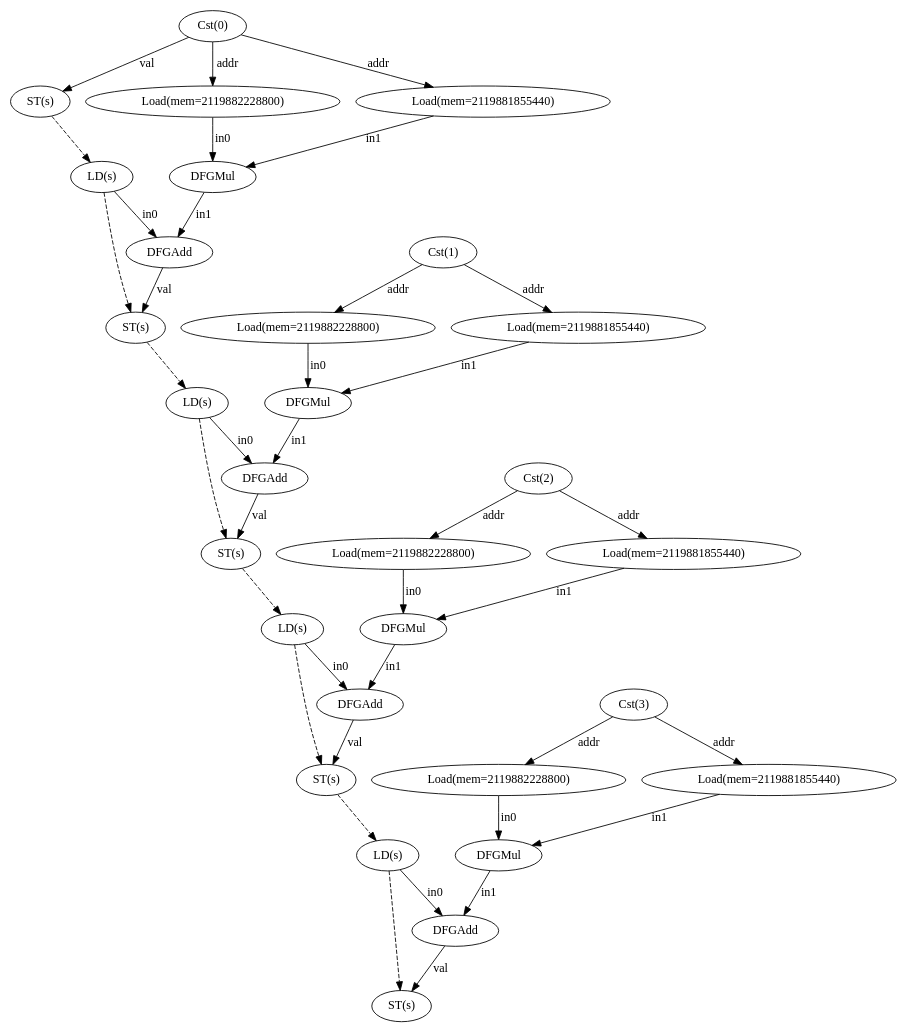
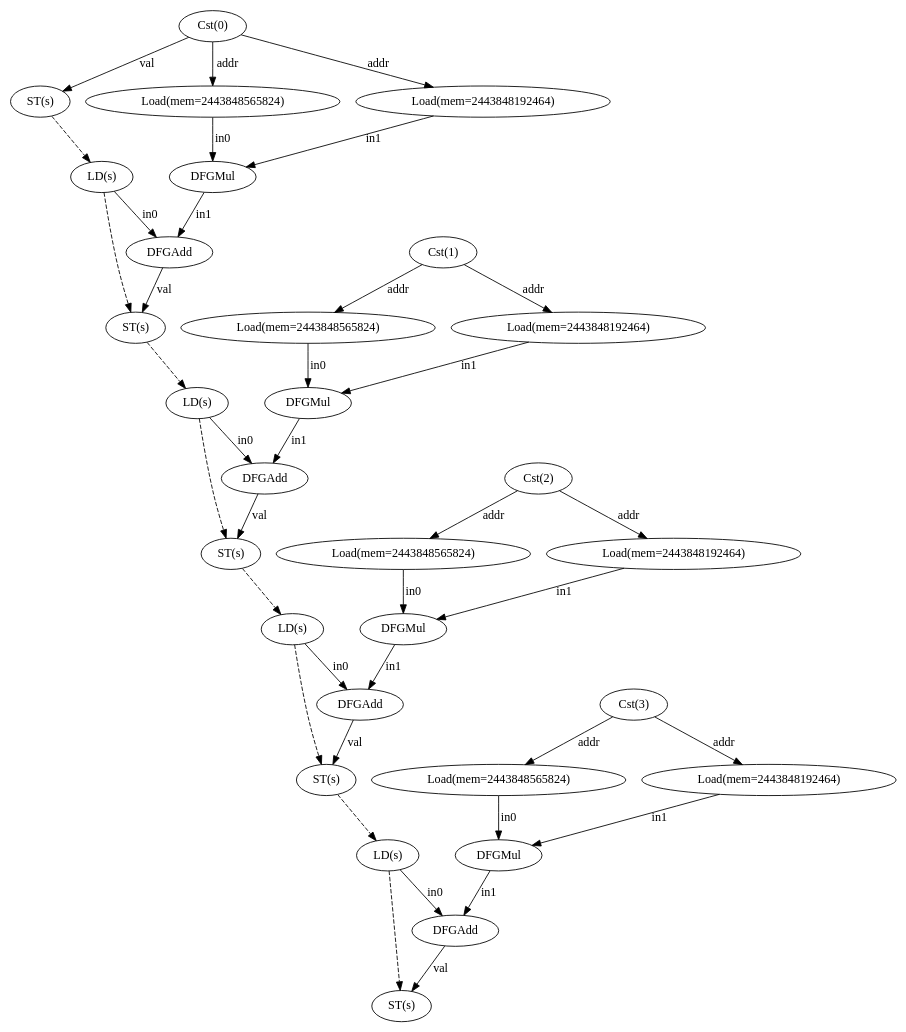
One commit to ma-carrillo/High-level-synthesis-assignment changed the diagram in test13/dfg.dot. Above: the diagram before and after it, drawn with Graphviz. The commit also changed 11 other files, not shown here.

```diff
--- a/test13/dfg.dot
+++ b/test13/dfg.dot
@@ -1,68 +1,68 @@
 digraph "dfg" {
   n0 [label="Cst(0)"];
   n1 [label="ST(s)"];
   n2 [label="LD(s)"];
-  n3 [label="Load(mem=2119882228800)"];
-  n4 [label="Load(mem=2119881855440)"];
+  n3 [label="Load(mem=2443848565824)"];
+  n4 [label="Load(mem=2443848192464)"];
   n5 [label="DFGMul"];
   n6 [label="DFGAdd"];
   n7 [label="ST(s)"];
   n8 [label="LD(s)"];
   n9 [label="Cst(1)"];
-  n10 [label="Load(mem=2119882228800)"];
-  n11 [label="Load(mem=2119881855440)"];
+  n10 [label="Load(mem=2443848565824)"];
+  n11 [label="Load(mem=2443848192464)"];
   n12 [label="DFGMul"];
   n13 [label="DFGAdd"];
   n14 [label="ST(s)"];
   n15 [label="LD(s)"];
   n16 [label="Cst(2)"];
-  n17 [label="Load(mem=2119882228800)"];
-  n18 [label="Load(mem=2119881855440)"];
+  n17 [label="Load(mem=2443848565824)"];
+  n18 [label="Load(mem=2443848192464)"];
   n19 [label="DFGMul"];
   n20 [label="DFGAdd"];
   n21 [label="ST(s)"];
   n22 [label="LD(s)"];
   n23 [label="Cst(3)"];
-  n24 [label="Load(mem=2119882228800)"];
-  n25 [label="Load(mem=2119881855440)"];
+  n24 [label="Load(mem=2443848565824)"];
+  n25 [label="Load(mem=2443848192464)"];
   n26 [label="DFGMul"];
   n27 [label="DFGAdd"];
   n28 [label="ST(s)"];
   n0 -> n1 [label="val"];
   n0 -> n3 [label="addr"];
   n0 -> n4 [label="addr"];
   n1 -> n2 [style="dashed"];
   n2 -> n6 [label="in0"];
   n2 -> n7 [style="dashed"];
   n3 -> n5 [label="in0"];
   n4 -> n5 [label="in1"];
   n5 -> n6 [label="in1"];
   n6 -> n7 [label="val"];
   n7 -> n8 [style="dashed"];
   n8 -> n13 [label="in0"];
   n8 -> n14 [style="dashed"];
   n9 -> n10 [label="addr"];
   n9 -> n11 [label="addr"];
   n10 -> n12 [label="in0"];
   n11 -> n12 [label="in1"];
   n12 -> n13 [label="in1"];
   n13 -> n14 [label="val"];
   n14 -> n15 [style="dashed"];
   n15 -> n20 [label="in0"];
   n15 -> n21 [style="dashed"];
   n16 -> n17 [label="addr"];
   n16 -> n18 [label="addr"];
   n17 -> n19 [label="in0"];
   n18 -> n19 [label="in1"];
   n19 -> n20 [label="in1"];
   n20 -> n21 [label="val"];
   n21 -> n22 [style="dashed"];
   n22 -> n27 [label="in0"];
   n22 -> n28 [style="dashed"];
   n23 -> n24 [label="addr"];
   n23 -> n25 [label="addr"];
   n24 -> n26 [label="in0"];
   n25 -> n26 [label="in1"];
   n26 -> n27 [label="in1"];
   n27 -> n28 [label="val"];
 }
```
